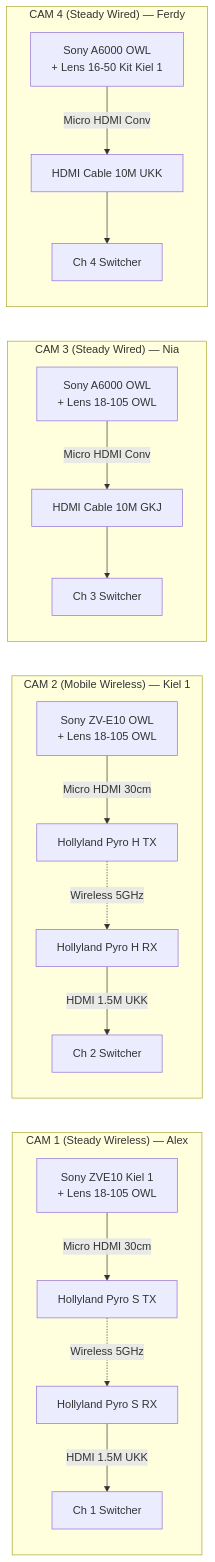
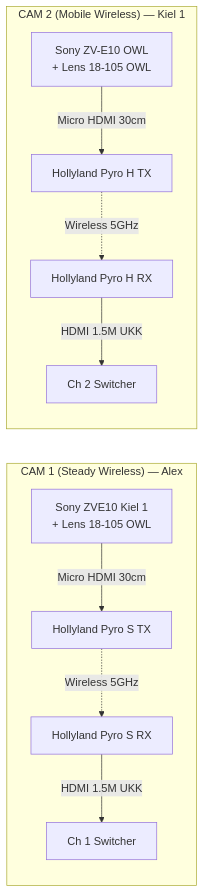
The third of 8 diagrams in README.md (zzdree/ip26-production), drawn with Mermaid before and after one commit. The commit also changed other lines of this file, not shown here.

Commit message:
docs: update README.md with Web Command Portal architecture and 6 structured sub-systems

````diff
--- a/README.md
+++ b/README.md
@@ -172,24 +186,14 @@
 ```mermaid
 flowchart LR
     subgraph CAM_1["CAM 1 (Steady Wireless) — Alex"]
-        C1[Sony ZVE10 Kiel 1<br/>+ Lens 18-105 OWL] -->|Micro HDMI 30cm| TX1[Hollyland Pyro S TX]
-        TX1 -.->|Wireless 5GHz| RX1[Hollyland Pyro S RX]
-        RX1 -->|HDMI 1.5M UKK| SW_IN1[Ch 1 Switcher]
+        C1["Sony ZVE10 Kiel 1<br/>+ Lens 18-105 OWL"] -->|Micro HDMI 30cm| TX1["Hollyland Pyro S TX"]
+        TX1 -.->|Wireless 5GHz| RX1["Hollyland Pyro S RX"]
+        RX1 -->|HDMI 1.5M UKK| SW_IN1["Ch 1 Switcher"]
     end
 
     subgraph CAM_2["CAM 2 (Mobile Wireless) — Kiel 1"]
-        C2[Sony ZV-E10 OWL<br/>+ Lens 18-105 OWL] -->|Micro HDMI 30cm| TX2[Hollyland Pyro H TX]
-        TX2 -.->|Wireless 5GHz| RX2[Hollyland Pyro H RX]
-        RX2 -->|HDMI 1.5M UKK| SW_IN2[Ch 2 Switcher]
-    end
-
-    subgraph CAM_3["CAM 3 (Steady Wired) — Nia"]
-        C3[Sony A6000 OWL<br/>+ Lens 18-105 OWL] -->|Micro HDMI Conv| CAB3[HDMI Cable 10M GKJ]
-        CAB3 --> SW_IN3[Ch 3 Switcher]
-    end
-
-    subgraph CAM_4["CAM 4 (Steady Wired) — Ferdy"]
-        C4[Sony A6000 OWL<br/>+ Lens 16-50 Kit Kiel 1] -->|Micro HDMI Conv| CAB4[HDMI Cable 10M UKK]
-        CAB4 --> SW_IN4[Ch 4 Switcher]
+        C2["Sony ZV-E10 OWL<br/>+ Lens 18-105 OWL"] -->|Micro HDMI 30cm| TX2["Hollyland Pyro H TX"]
+        TX2 -.->|Wireless 5GHz| RX2["Hollyland Pyro H RX"]
+        RX2 -->|HDMI 1.5M UKK| SW_IN2["Ch 2 Switcher"]
     end
 ```
````
